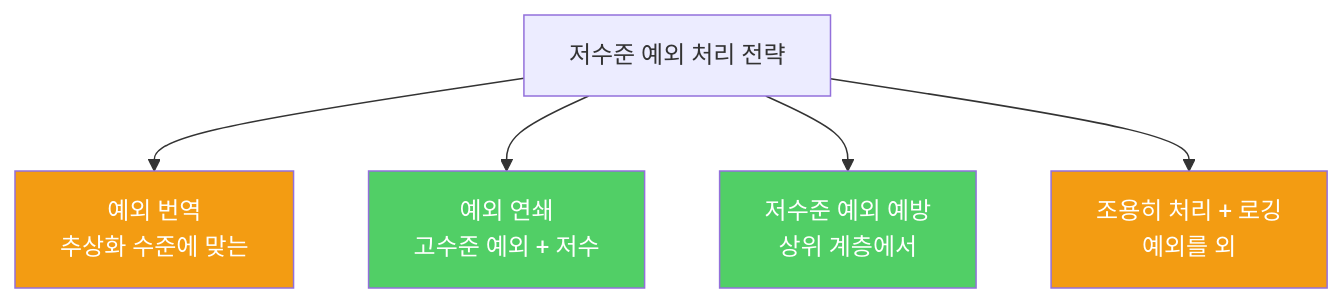
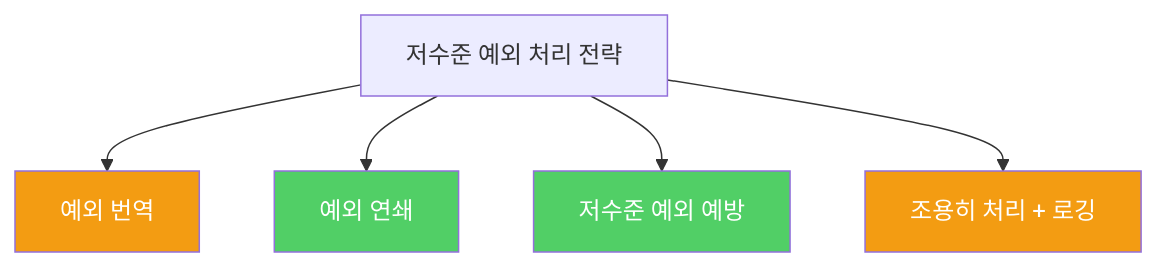
One commit to yjkim2015/yjkim2015.github.io changed the diagram in _posts/java/2022-02-18-effective-java73.md. Above: the diagram before and after it, drawn with Mermaid. The commit also changed 217 other files, not shown here.

First line of the commit message:
Mermaid 크기 수정: useMaxWidth:true + SVG max-width:100% + 라벨 축소

````diff
--- a/_posts/java/2022-02-18-effective-java73.md
+++ b/_posts/java/2022-02-18-effective-java73.md
@@ -80,11 +80,11 @@
 ```mermaid
 graph TD
-    A["저수준 예외 처리 전략"] --> B["예외 번역\n추상화 수준에 맞는"]
-    A --> C["예외 연쇄\n고수준 예외 + 저수"]
-    A --> D["저수준 예외 예방\n상위 계층에서"]
-    A --> E["조용히 처리 + 로깅\n예외를 외"]
+    A["저수준 예외 처리 전략"] --> B["예외 번역"]
+    A --> C["예외 연쇄"]
+    A --> D["저수준 예외 예방"]
+    A --> E["조용히 처리 + 로깅"]
     style C fill:#51cf66,color:#fff
     style D fill:#51cf66,color:#fff
     style B fill:#f39c12,color:#fff
     style E fill:#f39c12,color:#fff
 ```
````
